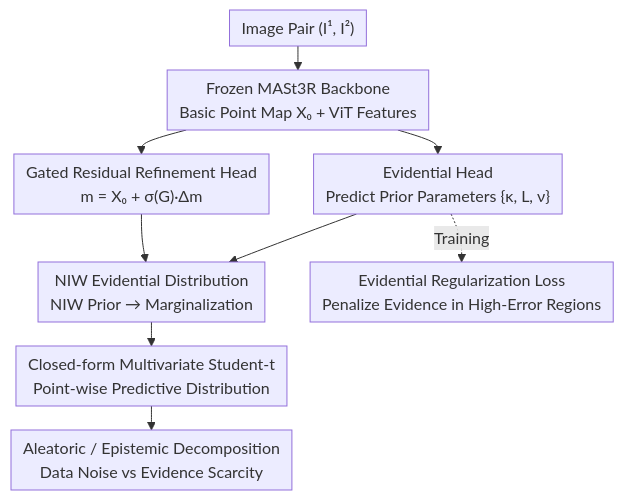
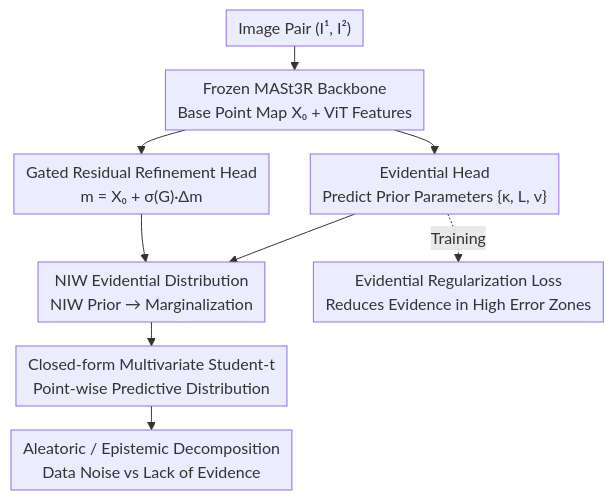
The diagram in docs/ICML2026/3d_vision/trust_it_or_not_evidential_uncertainty_for_feed-forward_3d_reconstruction_with_t.md (zhaoyang97/Paper-Notes-en), drawn with Mermaid before and after one commit. The commit also changed other lines of this file and 5084 other files, not shown here.

````diff
--- a/docs/ICML2026/3d_vision/trust_it_or_not_evidential_uncertainty_for_feed-forward_3d_reconstruction_with_t.md
+++ b/docs/ICML2026/3d_vision/trust_it_or_not_evidential_uncertainty_for_feed-forward_3d_reconstruction_with_t.md
@@ -45,12 +45,12 @@
 ```mermaid
 %%{init: {'flowchart': {'rankSpacing': 24, 'nodeSpacing': 28, 'padding': 6, 'wrappingWidth': 400}}}%%
 flowchart TD
-    IN["Image Pair (I¹, I²)"] --> BB["Frozen MASt3R Backbone<br/>Basic Point Map X₀ + ViT Features"]
+    IN["Image Pair (I¹, I²)"] --> BB["Frozen MASt3R Backbone<br/>Base Point Map X₀ + ViT Features"]
     BB --> GR["Gated Residual Refinement Head<br/>m = X₀ + σ(G)·Δm"]
     BB --> EV["Evidential Head<br/>Predict Prior Parameters {κ, L, ν}"]
     GR --> NIW["NIW Evidential Distribution<br/>NIW Prior → Marginalization"]
     EV --> NIW
     NIW --> ST["Closed-form Multivariate Student-t<br/>Point-wise Predictive Distribution"]
-    ST --> DEC["Aleatoric / Epistemic Decomposition<br/>Data Noise vs Evidence Scarcity"]
-    EV -.Training.-> LOSS["Evidential Regularization Loss<br/>Penalize Evidence in High-Error Regions"]
+    ST --> DEC["Aleatoric / Epistemic Decomposition<br/>Data Noise vs Lack of Evidence"]
+    EV -.Training.-> LOSS["Evidential Regularization Loss<br/>Reduces Evidence in High Error Zones"]
 ```
````
